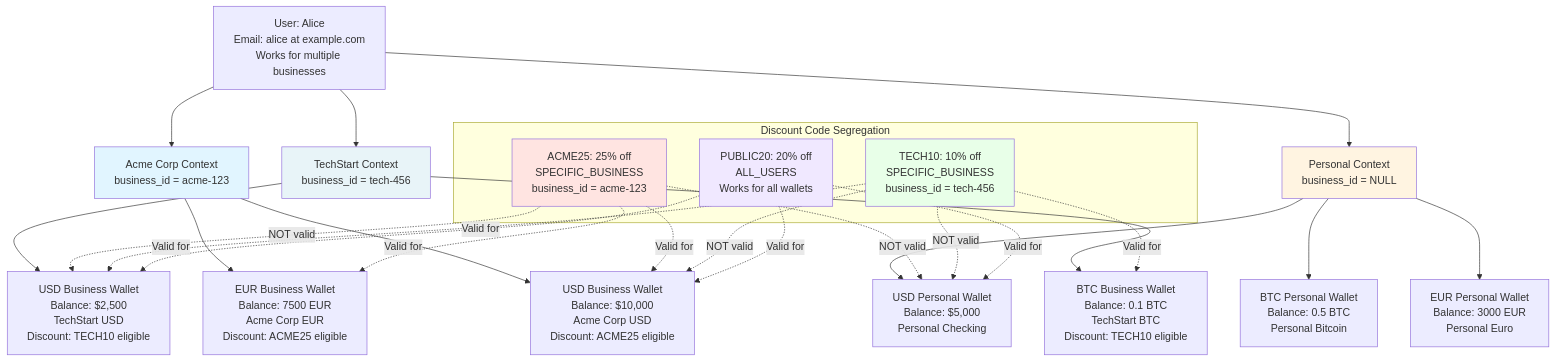
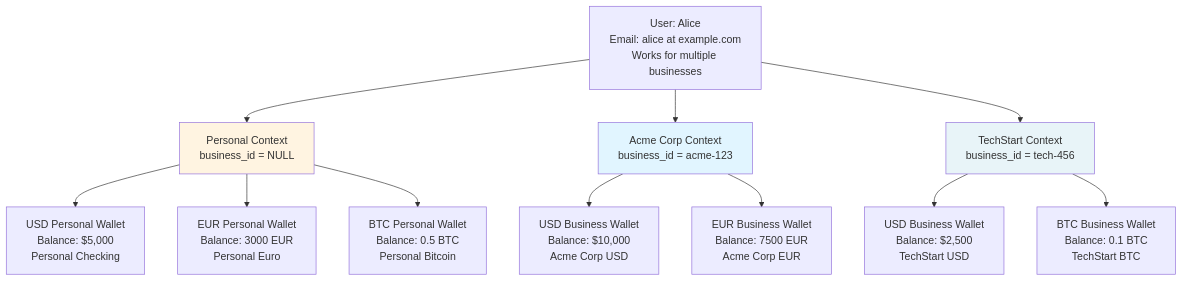
The second of 10 diagrams in MERMAID_DIAGRAMS.md (mdastpak/Wallet-Service), drawn with Mermaid before and after one commit. The commit also changed other lines of this file, not shown here.

First line of the commit message:
Remove discount code references from MERMAID_DIAGRAMS.md (partial)

````diff
--- a/MERMAID_DIAGRAMS.md
+++ b/MERMAID_DIAGRAMS.md
@@ -86,50 +81,27 @@
 ```mermaid
 graph TB
     USER["User: Alice<br/>Email: alice at example.com<br/>Works for multiple businesses"]
 
     PERSONAL[Personal Context<br/>business_id = NULL]
     ACME[Acme Corp Context<br/>business_id = acme-123]
     TECH[TechStart Context<br/>business_id = tech-456]
 
     USER --> PERSONAL
     USER --> ACME
     USER --> TECH
 
     PERSONAL --> P1["USD Personal Wallet<br/>Balance: $5,000<br/>Personal Checking"]
     PERSONAL --> P2["EUR Personal Wallet<br/>Balance: 3000 EUR<br/>Personal Euro"]
     PERSONAL --> P3["BTC Personal Wallet<br/>Balance: 0.5 BTC<br/>Personal Bitcoin"]
 
-    ACME --> A1["USD Business Wallet<br/>Balance: $10,000<br/>Acme Corp USD<br/>Discount: ACME25 eligible"]
-    ACME --> A2["EUR Business Wallet<br/>Balance: 7500 EUR<br/>Acme Corp EUR<br/>Discount: ACME25 eligible"]
+    ACME --> A1["USD Business Wallet<br/>Balance: $10,000<br/>Acme Corp USD"]
+    ACME --> A2["EUR Business Wallet<br/>Balance: 7500 EUR<br/>Acme Corp EUR"]
 
-    TECH --> T1["USD Business Wallet<br/>Balance: $2,500<br/>TechStart USD<br/>Discount: TECH10 eligible"]
-    TECH --> T2["BTC Business Wallet<br/>Balance: 0.1 BTC<br/>TechStart BTC<br/>Discount: TECH10 eligible"]
-
-    subgraph DISC["Discount Code Segregation"]
-        DISC1["ACME25: 25% off<br/>SPECIFIC_BUSINESS<br/>business_id = acme-123"]
-        DISC2["TECH10: 10% off<br/>SPECIFIC_BUSINESS<br/>business_id = tech-456"]
-        DISC3["PUBLIC20: 20% off<br/>ALL_USERS<br/>Works for all wallets"]
-    end
-
-    DISC1 -.Valid for.-> A1
-    DISC1 -.Valid for.-> A2
-    DISC1 -.NOT valid.-> P1
-    DISC1 -.NOT valid.-> T1
-
-    DISC2 -.Valid for.-> T1
-    DISC2 -.Valid for.-> T2
-    DISC2 -.NOT valid.-> A1
-    DISC2 -.NOT valid.-> P1
-
-    DISC3 -.Valid for.-> P1
-    DISC3 -.Valid for.-> A1
-    DISC3 -.Valid for.-> T1
+    TECH --> T1["USD Business Wallet<br/>Balance: $2,500<br/>TechStart USD"]
+    TECH --> T2["BTC Business Wallet<br/>Balance: 0.1 BTC<br/>TechStart BTC"]
 
     style PERSONAL fill:#fff4e1
     style ACME fill:#e1f5ff
     style TECH fill:#e8f4f8
-    style DISC1 fill:#ffe4e1
-    style DISC2 fill:#e8ffe8
-    style DISC3 fill:#f0e8ff
 
 ```
````
